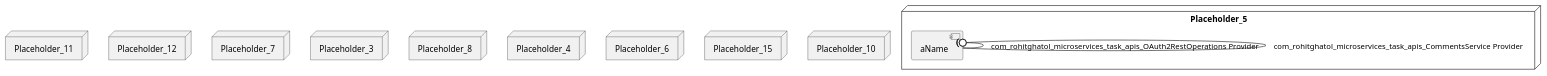
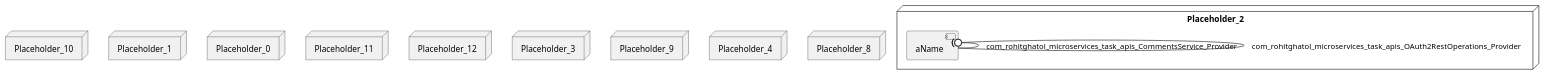
Before and after one commit to View-Based-Reverse-Engineering/Retriever-Benchmark: the diagram in rohitghatol-spring-boot-microservices/model_re/uml/allocationDiagram.puml, drawn with PlantUML. The commit also changed 326 other files, not shown here.

```diff
--- a/rohitghatol-spring-boot-microservices/model_re/uml/allocationDiagram.puml
+++ b/rohitghatol-spring-boot-microservices/model_re/uml/allocationDiagram.puml
@@ -1,36 +1,36 @@
 @startuml
 skinparam fixCircleLabelOverlapping true
-node Placeholder_5 {
-[aName] [[rohitghatol-spring-boot-microservices.system#_v6cysLtpEe6KjOgvEp3SMw]]
+node Placeholder_2 {
+[aName] [[rohitghatol-spring-boot-microservices.system#_3FD-MLw4Ee6NJ7nY0FRXjw]]
+}
+node Placeholder_10 {
+[aName] [[rohitghatol-spring-boot-microservices.system#_3FD-MLw4Ee6NJ7nY0FRXjw]]
+}
+node Placeholder_1 {
+[aName] [[rohitghatol-spring-boot-microservices.system#_3FD-MLw4Ee6NJ7nY0FRXjw]]
+}
+node Placeholder_0 {
+[aName] [[rohitghatol-spring-boot-microservices.system#_3FD-MLw4Ee6NJ7nY0FRXjw]]
 }
 node Placeholder_11 {
-[aName] [[rohitghatol-spring-boot-microservices.system#_v6cysLtpEe6KjOgvEp3SMw]]
+[aName] [[rohitghatol-spring-boot-microservices.system#_3FD-MLw4Ee6NJ7nY0FRXjw]]
 }
 node Placeholder_12 {
-[aName] [[rohitghatol-spring-boot-microservices.system#_v6cysLtpEe6KjOgvEp3SMw]]
-}
-node Placeholder_7 {
-[aName] [[rohitghatol-spring-boot-microservices.system#_v6cysLtpEe6KjOgvEp3SMw]]
+[aName] [[rohitghatol-spring-boot-microservices.system#_3FD-MLw4Ee6NJ7nY0FRXjw]]
 }
 node Placeholder_3 {
-[aName] [[rohitghatol-spring-boot-microservices.system#_v6cysLtpEe6KjOgvEp3SMw]]
+[aName] [[rohitghatol-spring-boot-microservices.system#_3FD-MLw4Ee6NJ7nY0FRXjw]]
+}
+node Placeholder_9 {
+[aName] [[rohitghatol-spring-boot-microservices.system#_3FD-MLw4Ee6NJ7nY0FRXjw]]
+}
+node Placeholder_4 {
+[aName] [[rohitghatol-spring-boot-microservices.system#_3FD-MLw4Ee6NJ7nY0FRXjw]]
 }
 node Placeholder_8 {
-[aName] [[rohitghatol-spring-boot-microservices.system#_v6cysLtpEe6KjOgvEp3SMw]]
+[aName] [[rohitghatol-spring-boot-microservices.system#_3FD-MLw4Ee6NJ7nY0FRXjw]]
 }
-node Placeholder_4 {
-[aName] [[rohitghatol-spring-boot-microservices.system#_v6cysLtpEe6KjOgvEp3SMw]]
-}
-node Placeholder_6 {
-[aName] [[rohitghatol-spring-boot-microservices.system#_v6cysLtpEe6KjOgvEp3SMw]]
-}
-node Placeholder_15 {
-[aName] [[rohitghatol-spring-boot-microservices.system#_v6cysLtpEe6KjOgvEp3SMw]]
-}
-node Placeholder_10 {
-[aName] [[rohitghatol-spring-boot-microservices.system#_v6cysLtpEe6KjOgvEp3SMw]]
-}
-[aName] -(0- [aName] : com_rohitghatol_microservices_task_apis_OAuth2RestOperations Provider
-[aName] -(0- [aName] : com_rohitghatol_microservices_task_apis_CommentsService Provider
+[aName] -(0- [aName] : com_rohitghatol_microservices_task_apis_CommentsService_Provider
+[aName] -(0- [aName] : com_rohitghatol_microservices_task_apis_OAuth2RestOperations_Provider
 
 @enduml
```
